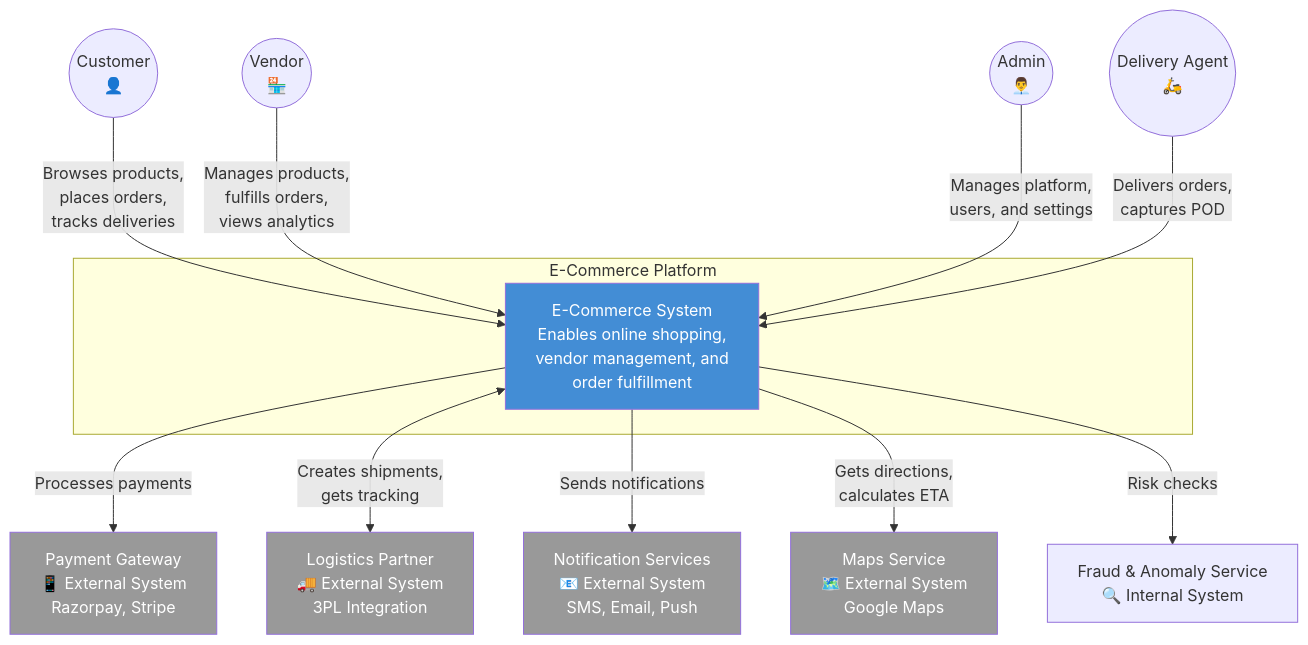
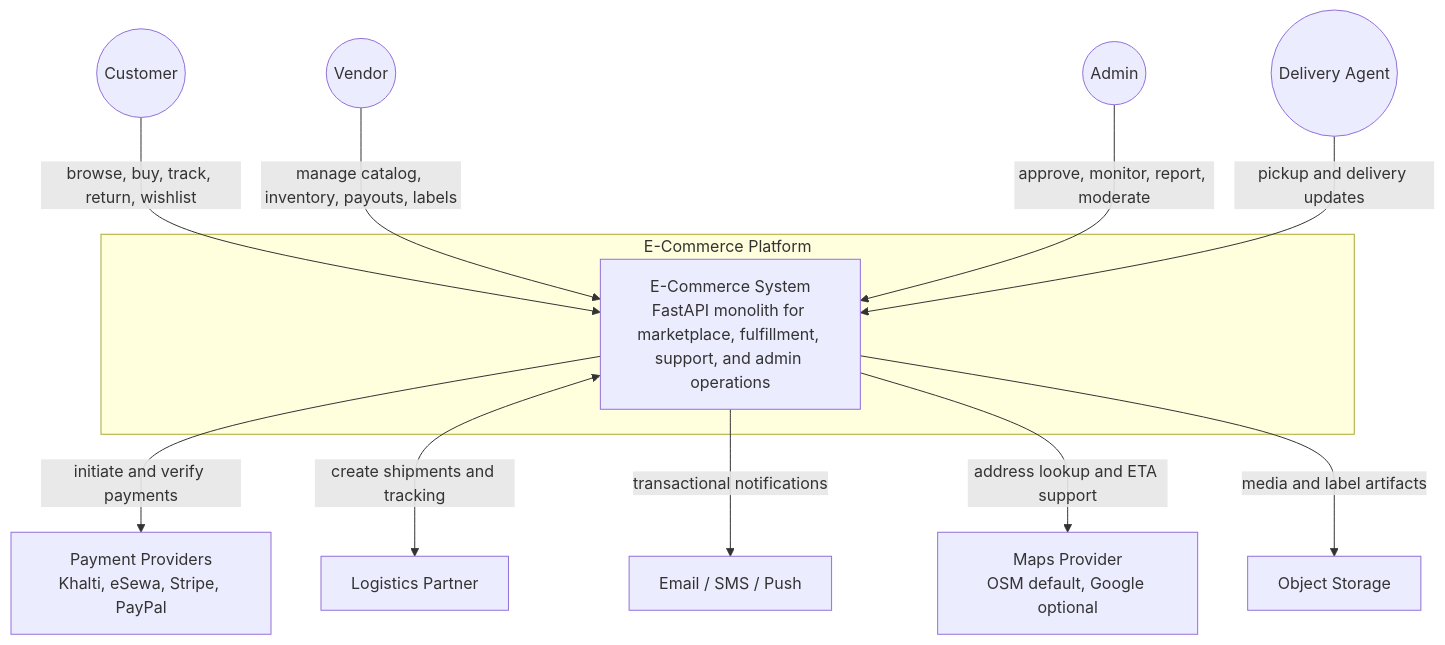
Before and after one commit to 0Ankit0/Project-Ideas: the first of 4 diagrams in E-Commerce/high-level-design/c4-diagrams.md, drawn with Mermaid. The commit also changed other lines of this file and 64 other files, not shown here.

First line of the commit message:
Enhance documentation and requirements for E-Commerce platform

````diff
--- a/E-Commerce/high-level-design/c4-diagrams.md
+++ b/E-Commerce/high-level-design/c4-diagrams.md
@@ -10,34 +10,28 @@
 ```mermaid
 graph TB
-    Customer((Customer<br>👤))
-    Vendor((Vendor<br>🏪))
-    Admin((Admin<br>👨‍💼))
-    Agent((Delivery Agent<br>🛵))
-    
+    Customer((Customer))
+    Vendor((Vendor))
+    Admin((Admin))
+    Agent((Delivery Agent))
+
     subgraph "E-Commerce Platform"
-        System[E-Commerce System<br>Enables online shopping,<br>vendor management, and<br>order fulfillment]
+        System[E-Commerce System<br>FastAPI monolith for marketplace, fulfillment, support, and admin operations]
     end
-    
-    PaymentGW[Payment Gateway<br>📱 External System<br>Razorpay, Stripe]
-    LogisticsPartner[Logistics Partner<br>🚚 External System<br>3PL Integration]
-    NotificationSvc[Notification Services<br>📧 External System<br>SMS, Email, Push]
-    MapsAPI[Maps Service<br>🗺️ External System<br>Google Maps]
-    FraudSvc[Fraud & Anomaly Service<br>🔍 Internal System]
-    
-    Customer -->|Browses products,<br>places orders,<br>tracks deliveries| System
-    Vendor -->|Manages products,<br>fulfills orders,<br>views analytics| System
-    Admin -->|Manages platform,<br>users, and settings| System
-    Agent -->|Delivers orders,<br>captures POD| System
-    
-    System -->|Processes payments| PaymentGW
-    System <-->|Creates shipments,<br>gets tracking| LogisticsPartner
-    System -->|Sends notifications| NotificationSvc
-    System -->|Gets directions,<br>calculates ETA| MapsAPI
-    System -->|Risk checks| FraudSvc
-    
-    style System fill:#438DD5,color:#fff
-    style PaymentGW fill:#999,color:#fff
-    style LogisticsPartner fill:#999,color:#fff
-    style NotificationSvc fill:#999,color:#fff
-    style MapsAPI fill:#999,color:#fff
+
+    PaymentGW[Payment Providers<br>Khalti, eSewa, Stripe, PayPal]
+    LogisticsPartner[Logistics Partner]
+    NotificationProviders[Email / SMS / Push]
+    MapsAPI[Maps Provider<br>OSM default, Google optional]
+    MediaStorage[Object Storage]
+
+    Customer -->|browse, buy, track, return, wishlist| System
+    Vendor -->|manage catalog, inventory, payouts, labels| System
+    Admin -->|approve, monitor, report, moderate| System
+    Agent -->|pickup and delivery updates| System
+
+    System -->|initiate and verify payments| PaymentGW
+    System <-->|create shipments and tracking| LogisticsPartner
+    System -->|transactional notifications| NotificationProviders
+    System -->|address lookup and ETA support| MapsAPI
+    System -->|media and label artifacts| MediaStorage
 ```
````
